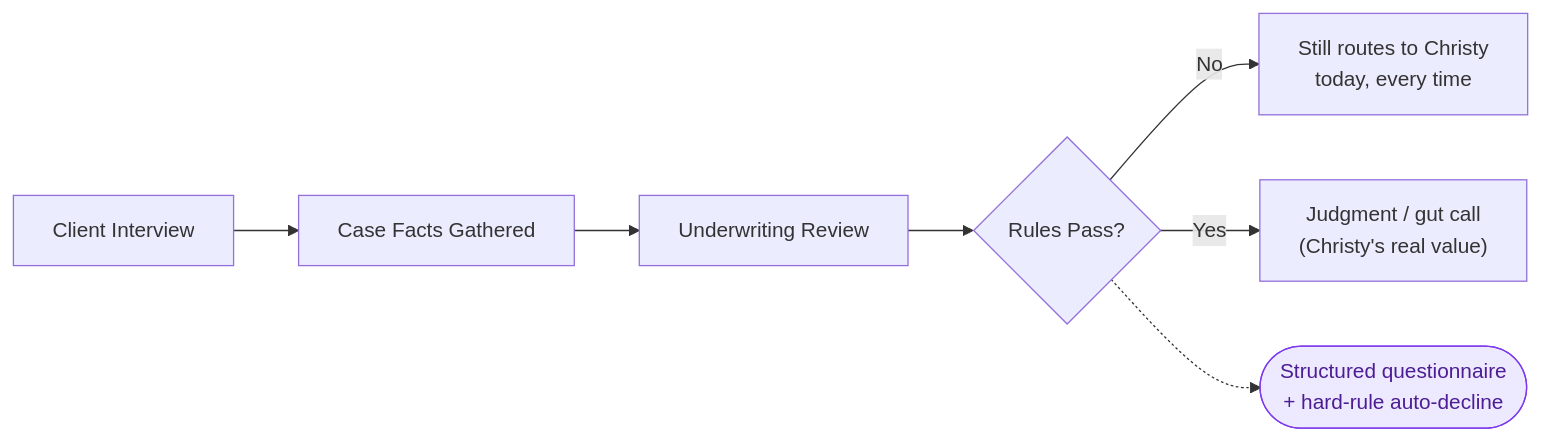
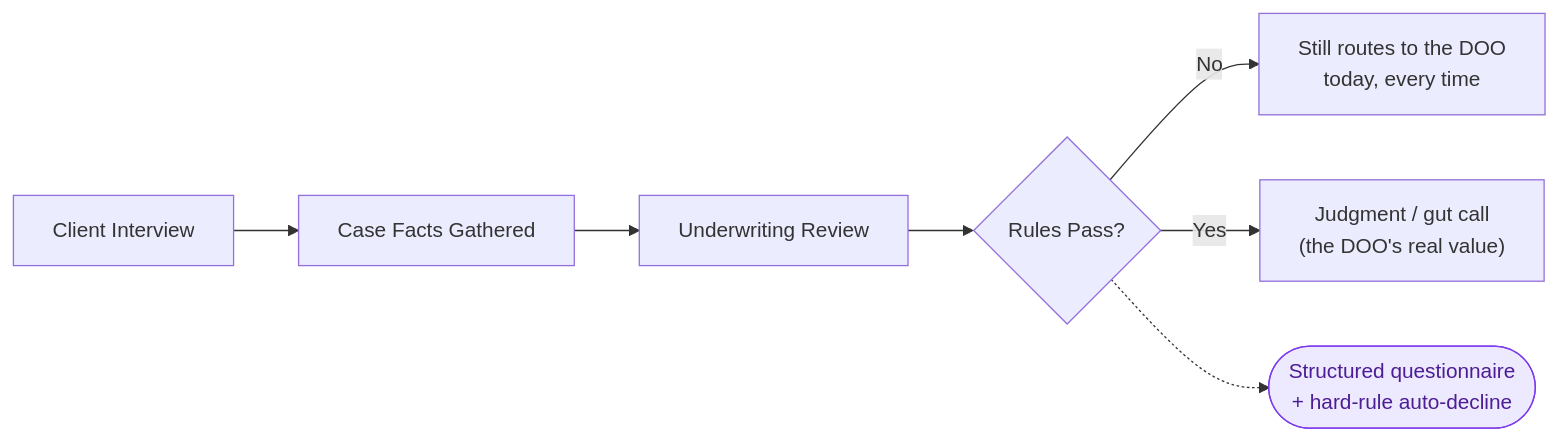
The seventh of 7 diagrams in business/projects/client-projects/26061201_capital-financing/client-facing-deliverables/20260910_capital-financing-opportunity-map.md (jsaponara42/ai-assistant-doc-storage), drawn with Mermaid before and after one commit. The commit also changed other lines of this file, not shown here.

````diff
--- a/business/projects/client-projects/26061201_capital-financing/client-facing-deliverables/20260910_capital-financing-opportunity-map.md
+++ b/business/projects/client-projects/26061201_capital-financing/client-facing-deliverables/20260910_capital-financing-opportunity-map.md
@@ -232,11 +240,11 @@
 ```mermaid
 flowchart LR
     classDef strategic fill:#ede9fe,stroke:#7c3aed,color:#4c1d95
     A[Client Interview] --> B[Case Facts Gathered]
     B --> C[Underwriting Review]
     C --> D{Rules Pass?}
-    D -- No --> E["Still routes to Christy\ntoday, every time"]
-    D -- Yes --> F["Judgment / gut call\n(Christy's real value)"]
+    D -- No --> E["Still routes to the DOO\ntoday, every time"]
+    D -- Yes --> F["Judgment / gut call\n(the DOO's real value)"]
     D -.-> Opp1(["Structured questionnaire\n+ hard-rule auto-decline"])
     class Opp1 strategic
 ```
````
